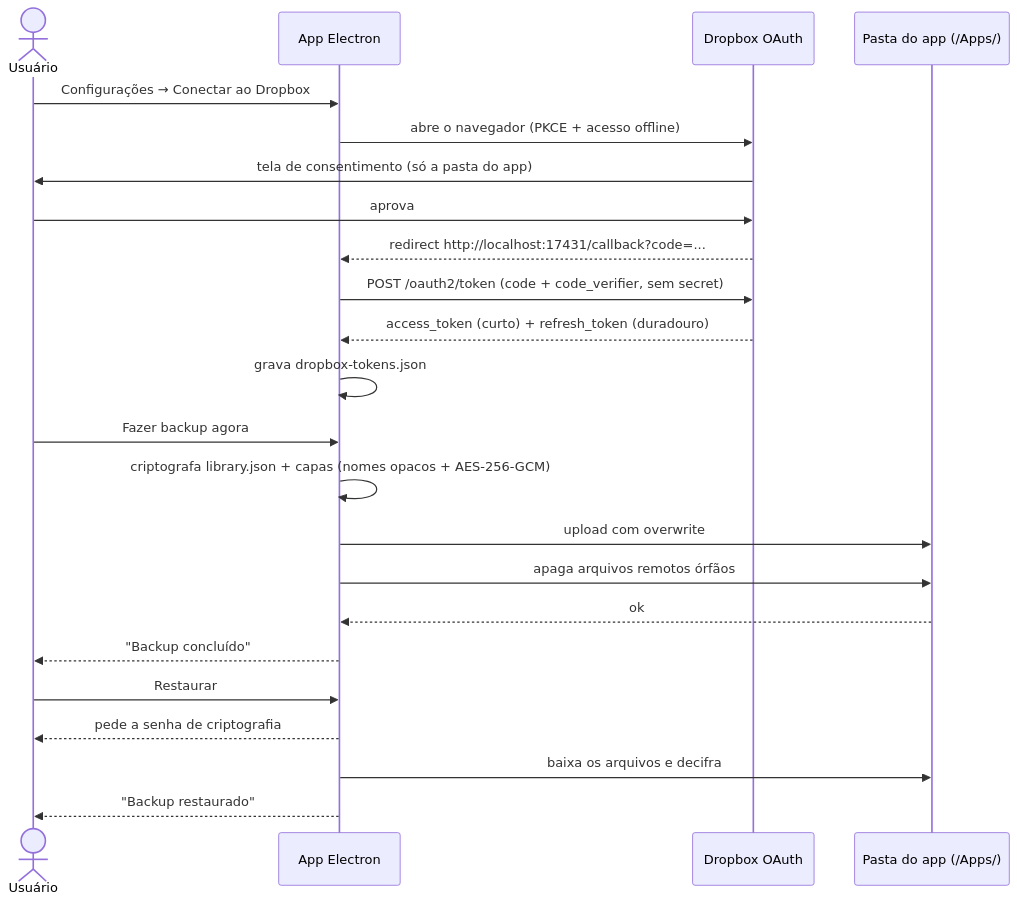
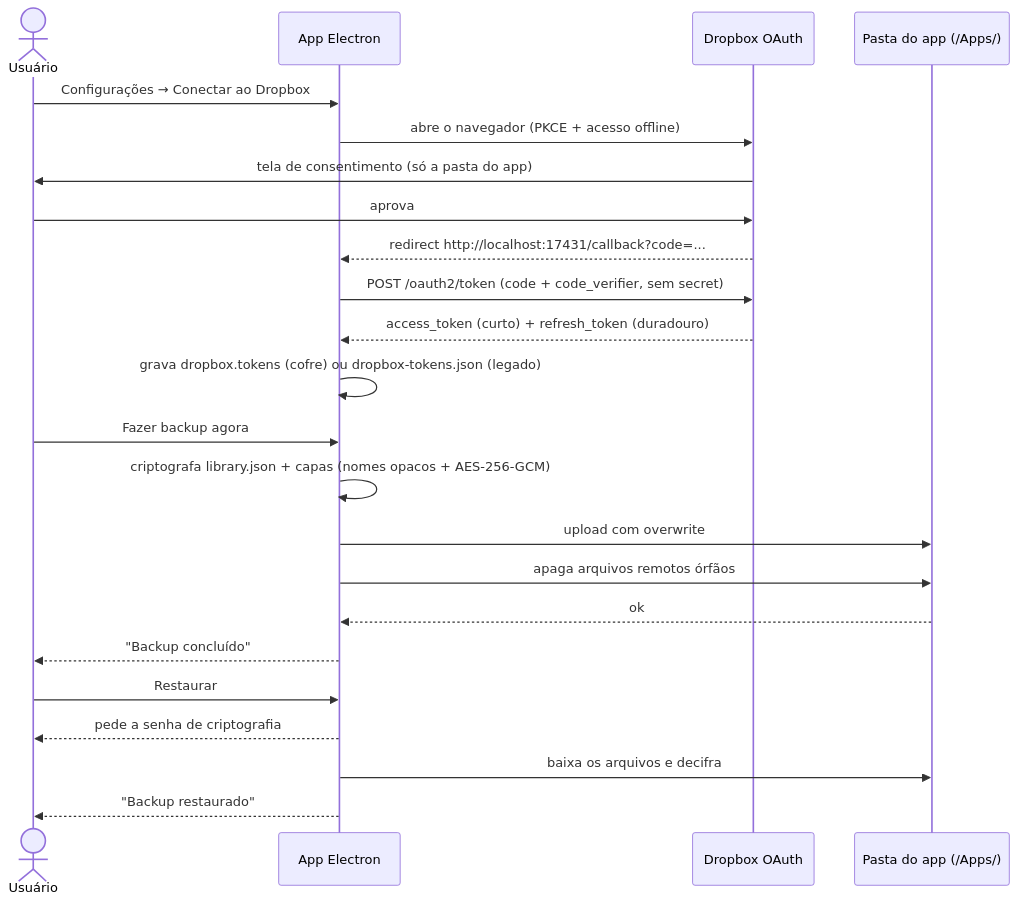
One commit to chronos-atalante/chronos-biblioteca changed the fifth of 5 diagrams in README.md. Above: the diagram before and after it, drawn with Mermaid. The commit also changed other lines of this file and 61 other files, not shown here.

````diff
--- a/README.md
+++ b/README.md
@@ -430,28 +446,28 @@
 ```mermaid
 sequenceDiagram
     actor U as Usuário
     participant App as App Electron
     participant G as Dropbox OAuth
     participant D as Pasta do app (/Apps/)
 
     U->>App: Configurações → Conectar ao Dropbox
     App->>G: abre o navegador (PKCE + acesso offline)
     G->>U: tela de consentimento (só a pasta do app)
     U->>G: aprova
     G-->>App: redirect http://localhost:17431/callback?code=...
     App->>G: POST /oauth2/token (code + code_verifier, sem secret)
     G-->>App: access_token (curto) + refresh_token (duradouro)
-    App->>App: grava dropbox-tokens.json
+    App->>App: grava dropbox.tokens (cofre) ou dropbox-tokens.json (legado)
 
     U->>App: Fazer backup agora
     App->>App: criptografa library.json + capas (nomes opacos + AES-256-GCM)
     App->>D: upload com overwrite
     App->>D: apaga arquivos remotos órfãos
     D-->>App: ok
     App-->>U: "Backup concluído"
 
     U->>App: Restaurar
     App-->>U: pede a senha de criptografia
     App->>D: baixa os arquivos e decifra
     App-->>U: "Backup restaurado"
 ```
````
